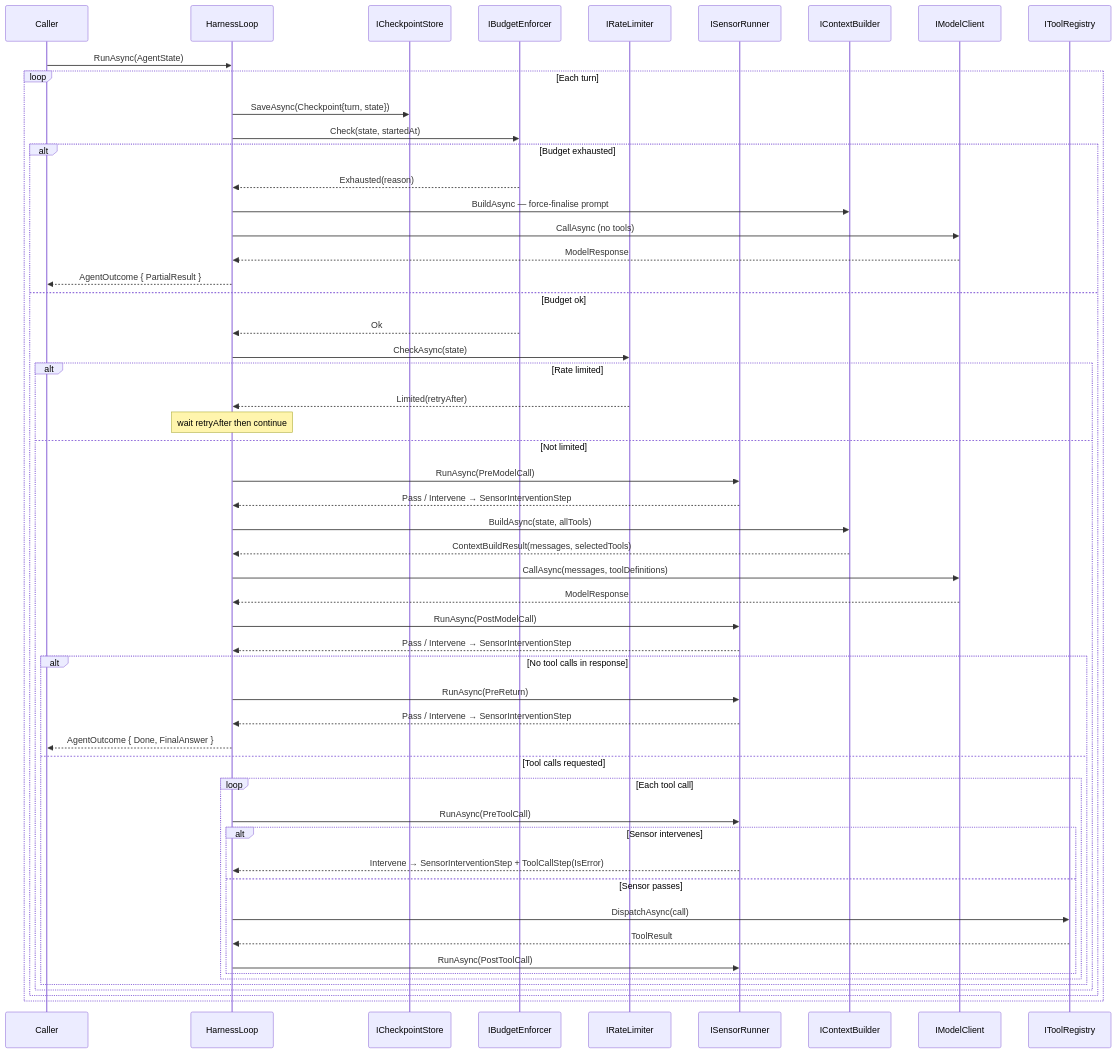
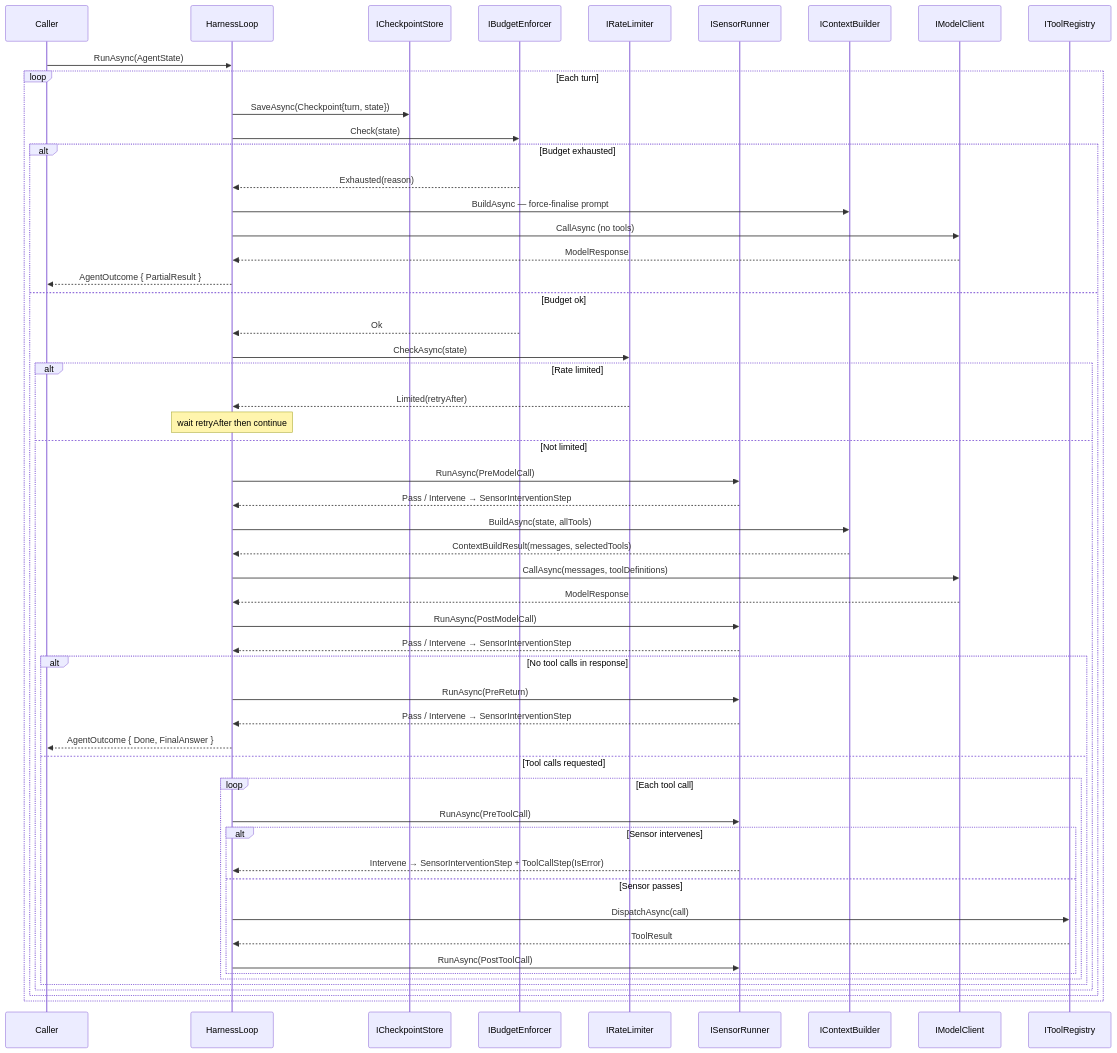
Before and after one commit to AnilKerai/model-harness: the fourth of 4 diagrams in README.md, drawn with Mermaid. The commit also changed other lines of this file and 15 other files, not shown here.

````diff
--- a/README.md
+++ b/README.md
@@ -250,58 +250,58 @@
 ```mermaid
 sequenceDiagram
     participant C as Caller
     participant L as HarnessLoop
     participant CP as ICheckpointStore
     participant B as IBudgetEnforcer
     participant RL as IRateLimiter
     participant S as ISensorRunner
     participant CB as IContextBuilder
     participant M as IModelClient
     participant R as IToolRegistry
 
     C->>L: RunAsync(AgentState)
 
     loop Each turn
         L->>CP: SaveAsync(Checkpoint{turn, state})
-        L->>B: Check(state, startedAt)
+        L->>B: Check(state)
         alt Budget exhausted
             B-->>L: Exhausted(reason)
             L->>CB: BuildAsync — force-finalise prompt
             L->>M: CallAsync (no tools)
             M-->>L: ModelResponse
             L-->>C: AgentOutcome { PartialResult }
         else Budget ok
             B-->>L: Ok
             L->>RL: CheckAsync(state)
             alt Rate limited
                 RL-->>L: Limited(retryAfter)
                 note over L: wait retryAfter then continue
             else Not limited
             L->>S: RunAsync(PreModelCall)
             S-->>L: Pass / Intervene → SensorInterventionStep
             L->>CB: BuildAsync(state, allTools)
             CB-->>L: ContextBuildResult(messages, selectedTools)
             L->>M: CallAsync(messages, toolDefinitions)
             M-->>L: ModelResponse
             L->>S: RunAsync(PostModelCall)
             S-->>L: Pass / Intervene → SensorInterventionStep
             alt No tool calls in response
                 L->>S: RunAsync(PreReturn)
                 S-->>L: Pass / Intervene → SensorInterventionStep
                 L-->>C: AgentOutcome { Done, FinalAnswer }
             else Tool calls requested
                 loop Each tool call
                     L->>S: RunAsync(PreToolCall)
                     alt Sensor intervenes
                         S-->>L: Intervene → SensorInterventionStep + ToolCallStep(IsError)
                     else Sensor passes
                         L->>R: DispatchAsync(call)
                         R-->>L: ToolResult
                         L->>S: RunAsync(PostToolCall)
                     end
                 end
             end
             end
         end
     end
 ```
````
